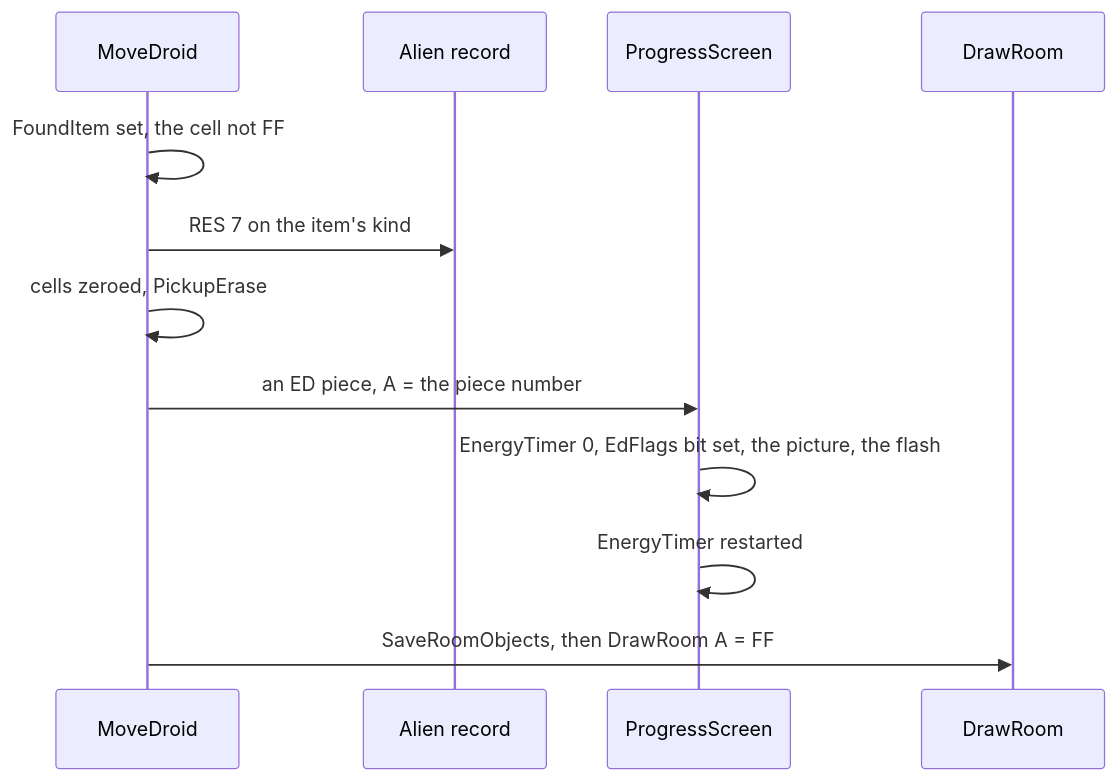
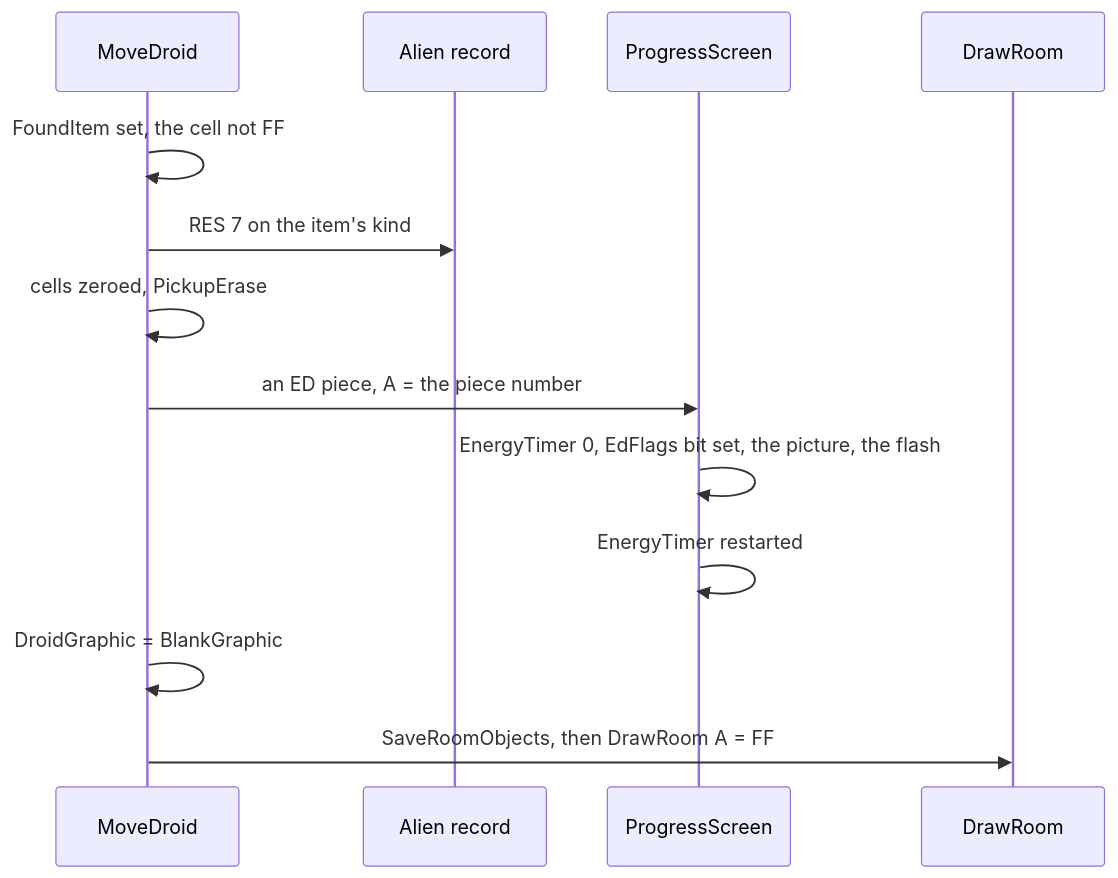
The eighth of 13 diagrams in games/tujad/docs/10-gameplay-logic.md (alfishe/unrealng-reverse-cases), drawn with Mermaid before and after one commit. The commit also changed other lines of this file and 44 other files, not shown here.

````diff
--- a/games/tujad/docs/10-gameplay-logic.md
+++ b/games/tujad/docs/10-gameplay-logic.md
@@ -554,14 +609,15 @@
 ```mermaid
 sequenceDiagram
     participant MD as MoveDroid
     participant AM as Alien record
     participant PS as ProgressScreen
     participant DR as DrawRoom
     MD->>MD: FoundItem set, the cell not FF
     MD->>AM: RES 7 on the item's kind
     MD->>MD: cells zeroed, PickupErase
     MD->>PS: an ED piece, A = the piece number
     PS->>PS: EnergyTimer 0, EdFlags bit set, the picture, the flash
     PS->>PS: EnergyTimer restarted
+    MD->>MD: DroidGraphic = BlankGraphic
     MD->>DR: SaveRoomObjects, then DrawRoom A = FF
 ```
````
